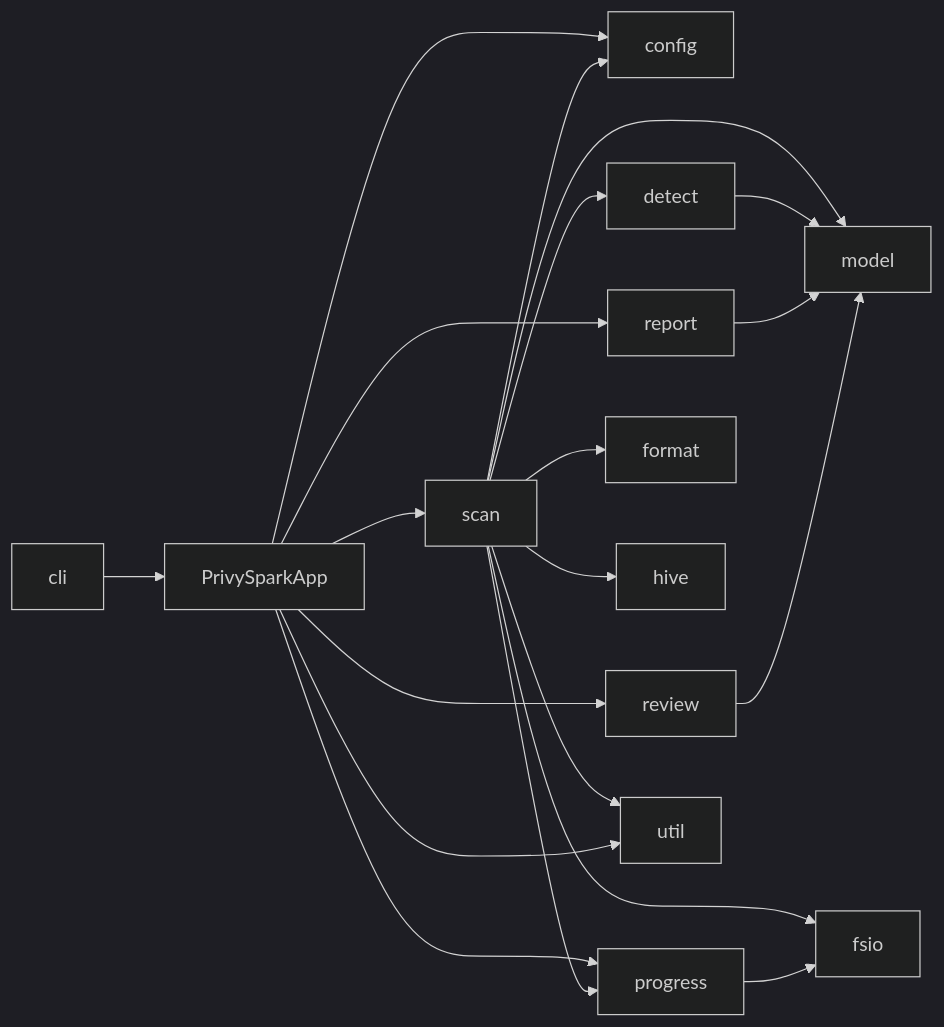
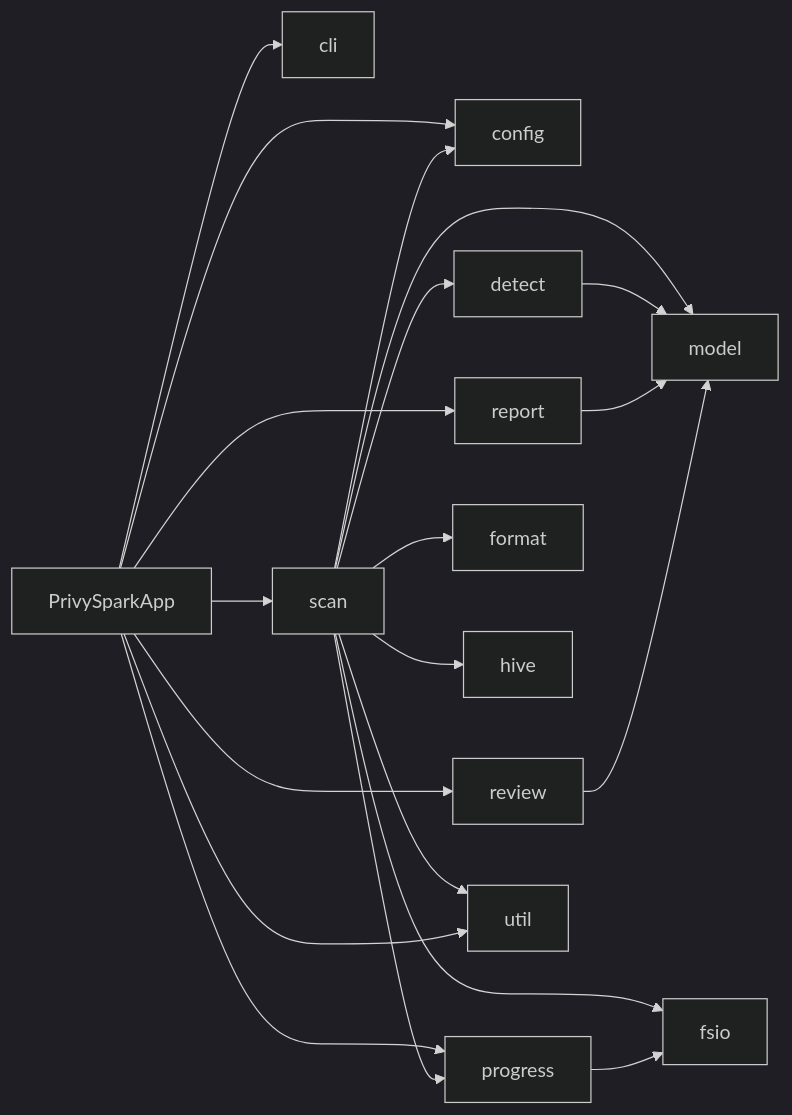
Before and after one commit to jonggeun2001/PrivySpark: the first of 2 diagrams in docs/ko/architecture/overview.md, drawn with Mermaid (dark theme).

Commit message:
docs: fix component dependency direction

````diff
--- a/docs/ko/architecture/overview.md
+++ b/docs/ko/architecture/overview.md
@@ -72,22 +72,22 @@
 ```mermaid
 flowchart LR
-  cli[cli] --> app[PrivySparkApp]
+  app[PrivySparkApp] --> cli[cli]
   app --> config[config]
   app --> scan[scan]
   app --> report[report]
   app --> review[review]
   app --> progress[progress]
   scan --> format[format]
   scan --> config
   scan --> hive[hive]
   scan --> detect[detect]
   scan --> fsio[fsio]
   scan --> progress
   scan --> model[model]
   detect --> model
   report --> model
   review --> model
   progress --> fsio
   scan --> util[util]
   app --> util
 ```
````
